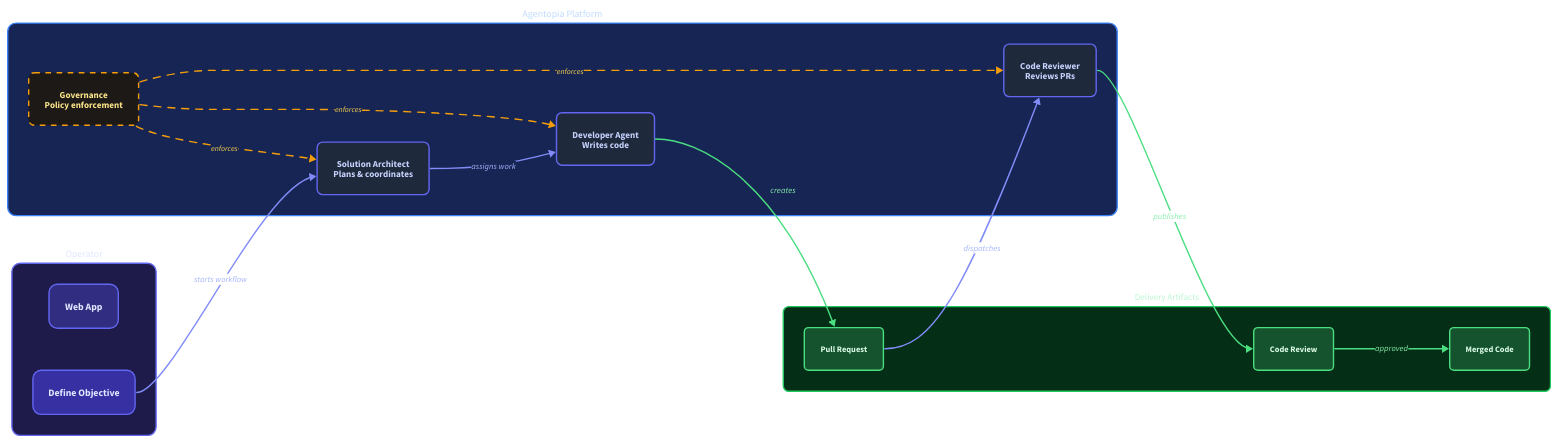
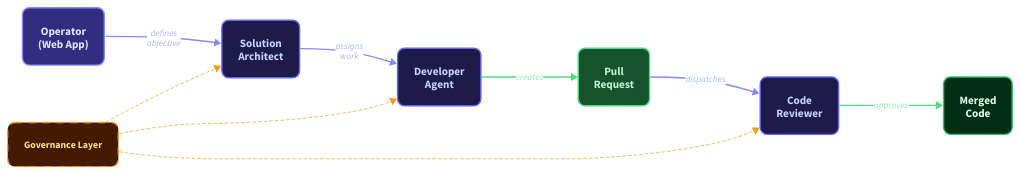
Before and after one commit to ai-agentopia/docs: the diagram in images/platform-overview.d2, drawn with D2. The commit also changed 2 other files, not shown here.

Commit message:
fix: redesign platform overview diagram — flat layout, larger text, ELK engine
- Flat boxes instead of nested containers (cleaner)
- ELK layout engine (better left-to-right flow than dagre)
- Font size 16px (readable on page)
- Simple linear flow: Operator → SA → Dev → PR → Reviewer → Merged
- Governance below with dashed lines (not cluttering main flow)
- Better color contrast for both dark and light themes

```diff
--- a/images/platform-overview.d2
+++ b/images/platform-overview.d2
@@ -1,190 +1,170 @@
+# Agentopia Platform Overview — clean left-to-right flow
+# Layout: Operator → SA → Developer → PR → Reviewer → Merged
+
 direction: right
 
-# ── Styling ──────────────────────────────────────────
-classes: {
-  operator: {
-    style: {
-      fill: "#1e1b4b"
-      stroke: "#6366f1"
-      border-radius: 12
-      font-color: "#e0e7ff"
-      font-size: 14
-    }
-  }
-  platform: {
-    style: {
-      fill: "#172554"
-      stroke: "#3b82f6"
-      border-radius: 12
-      font-color: "#bfdbfe"
-      font-size: 14
-    }
-  }
-  agent: {
-    style: {
-      fill: "#1e293b"
-      stroke: "#6366f1"
-      border-radius: 8
-      font-color: "#c7d2fe"
-      font-size: 13
-    }
-  }
-  governance: {
-    style: {
-      fill: "#1c1917"
-      stroke: "#f59e0b"
-      border-radius: 8
-      font-color: "#fde68a"
-      font-size: 13
-      stroke-dash: 4
-    }
-  }
-  output: {
-    style: {
-      fill: "#052e16"
-      stroke: "#22c55e"
-      border-radius: 8
-      font-color: "#bbf7d0"
-      font-size: 13
-    }
-  }
-  artifact: {
-    style: {
-      fill: "#14532d"
-      stroke: "#4ade80"
-      border-radius: 6
-      font-color: "#dcfce7"
-      font-size: 12
-    }
+# ── Top-level shapes (flat, no nested containers for cleaner layout) ──
+
+operator: {
+  label: "Operator\n(Web App)"
+  shape: rectangle
+  style: {
+    fill: "#312e81"
+    stroke: "#818cf8"
+    border-radius: 10
+    font-color: "#e0e7ff"
+    font-size: 16
+    bold: true
   }
 }
 
-# ── Operator ─────────────────────────────────────────
-operator: Operator {
-  class: operator
-  web: Web App {
-    class: operator
-    style.fill: "#312e81"
-  }
-  objective: Define Objective {
-    class: operator
-    style.fill: "#3730a3"
+sa: {
+  label: "Solution\nArchitect"
+  shape: rectangle
+  style: {
+    fill: "#1e1b4b"
+    stroke: "#6366f1"
+    border-radius: 10
+    font-color: "#c7d2fe"
+    font-size: 16
+    bold: true
   }
 }
 
-# ── Platform ─────────────────────────────────────────
-platform: Agentopia Platform {
-  class: platform
-
-  sa: Solution Architect {
-    class: agent
-    label: "Solution Architect\nPlans & coordinates"
-  }
-
-  dev: Developer Agent {
-    class: agent
-    label: "Developer Agent\nWrites code"
-  }
-
-  reviewer: Code Reviewer {
-    class: agent
-    label: "Code Reviewer\nReviews PRs"
-  }
-
-  governance: Governance Layer {
-    class: governance
-    label: "Governance\nPolicy enforcement"
+dev: {
+  label: "Developer\nAgent"
+  shape: rectangle
+  style: {
+    fill: "#1e1b4b"
+    stroke: "#6366f1"
+    border-radius: 10
+    font-color: "#c7d2fe"
+    font-size: 16
+    bold: true
   }
 }
 
-# ── Delivery Artifacts ───────────────────────────────
-artifacts: Delivery Artifacts {
-  class: output
-
-  pr: Pull Request {
-    class: artifact
-  }
-  review: Code Review {
-    class: artifact
-  }
-  merged: Merged Code {
-    class: artifact
+pr: {
+  label: "Pull\nRequest"
+  shape: rectangle
+  style: {
+    fill: "#14532d"
+    stroke: "#4ade80"
+    border-radius: 10
+    font-color: "#bbf7d0"
+    font-size: 16
+    bold: true
   }
 }
 
-# ── Flow ─────────────────────────────────────────────
-operator.objective -> platform.sa: starts workflow {
+reviewer: {
+  label: "Code\nReviewer"
+  shape: rectangle
+  style: {
+    fill: "#1e1b4b"
+    stroke: "#6366f1"
+    border-radius: 10
+    font-color: "#c7d2fe"
+    font-size: 16
+    bold: true
+  }
+}
+
+merged: {
+  label: "Merged\nCode"
+  shape: rectangle
+  style: {
+    fill: "#052e16"
+    stroke: "#22c55e"
+    border-radius: 10
+    font-color: "#dcfce7"
+    font-size: 16
+    bold: true
+  }
+}
+
+governance: {
+  label: "Governance Layer"
+  shape: rectangle
+  style: {
+    fill: "#451a03"
+    stroke: "#f59e0b"
+    border-radius: 10
+    font-color: "#fde68a"
+    font-size: 14
+    stroke-dash: 5
+  }
+}
+
+# ── Main flow (left to right) ────────────────────────
+
+operator -> sa: "defines\nobjective" {
   style: {
     stroke: "#818cf8"
     font-color: "#a5b4fc"
-    font-size: 12
+    font-size: 13
+    stroke-width: 2
   }
 }
 
-platform.sa -> platform.dev: assigns work {
+sa -> dev: "assigns\nwork" {
   style: {
     stroke: "#818cf8"
     font-color: "#a5b4fc"
-    font-size: 12
+    font-size: 13
+    stroke-width: 2
   }
 }
 
-platform.dev -> artifacts.pr: creates {
+dev -> pr: "creates" {
   style: {
     stroke: "#4ade80"
     font-color: "#86efac"
-    font-size: 12
+    font-size: 13
+    stroke-width: 2
   }
 }
 
-artifacts.pr -> platform.reviewer: dispatches {
+pr -> reviewer: "dispatches" {
   style: {
     stroke: "#818cf8"
     font-color: "#a5b4fc"
-    font-size: 12
+    font-size: 13
+    stroke-width: 2
   }
 }
 
-platform.reviewer -> artifacts.review: publishes {
+reviewer -> merged: "approves" {
   style: {
     stroke: "#4ade80"
     font-color: "#86efac"
-    font-size: 12
+    font-size: 13
+    stroke-width: 2
   }
 }
 
-artifacts.review -> artifacts.merged: approved {
+# ── Governance (below, simple) ───────────────────────
+
+governance -> sa: "" {
   style: {
-    stroke: "#4ade80"
-    font-color: "#86efac"
-    font-size: 12
+    stroke: "#f59e0b"
+    stroke-dash: 4
+    stroke-width: 1
   }
 }
 
-# ── Governance enforcement (dashed) ──────────────────
-platform.governance -> platform.sa: enforces {
+governance -> dev: "" {
   style: {
     stroke: "#f59e0b"
-    stroke-dash: 5
-    font-color: "#fcd34d"
-    font-size: 11
+    stroke-dash: 4
+    stroke-width: 1
   }
 }
 
-platform.governance -> platform.dev: enforces {
+governance -> reviewer: "" {
   style: {
     stroke: "#f59e0b"
-    stroke-dash: 5
-    font-color: "#fcd34d"
-    font-size: 11
+    stroke-dash: 4
+    stroke-width: 1
   }
 }
-
-platform.governance -> platform.reviewer: enforces {
-  style: {
-    stroke: "#f59e0b"
-    stroke-dash: 5
-    font-color: "#fcd34d"
-    font-size: 11
-  }
-}
```
